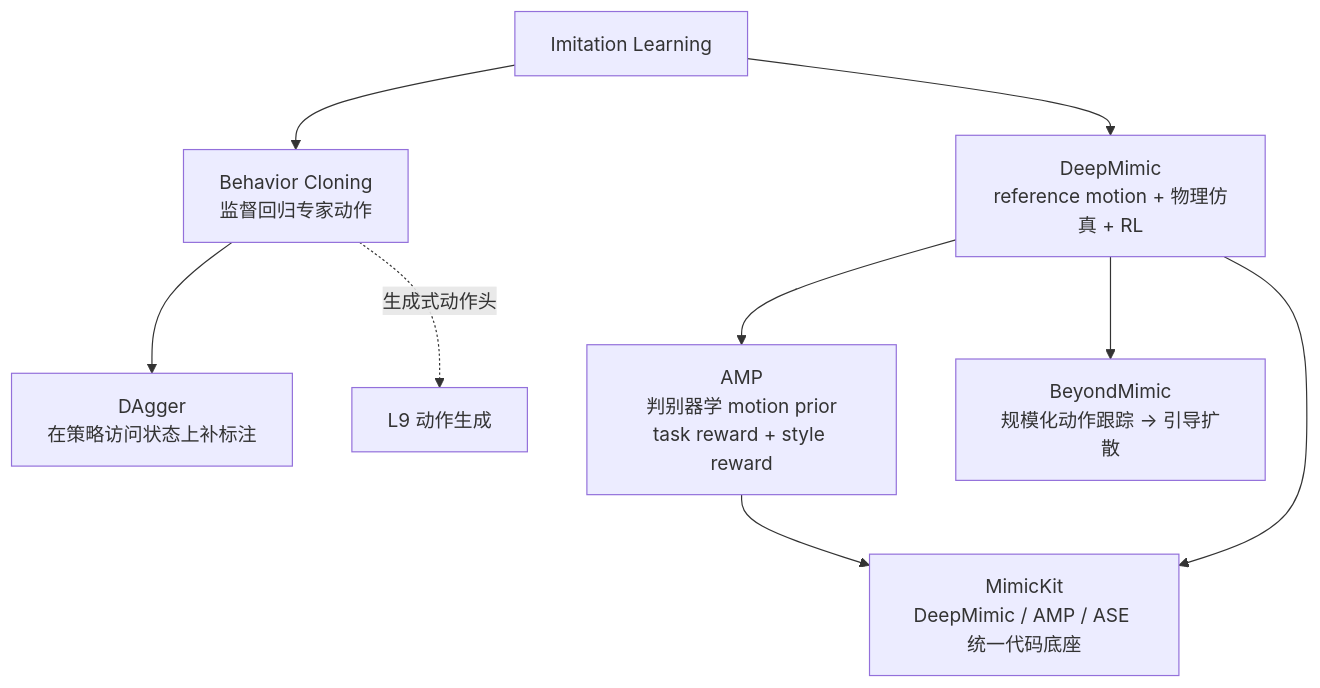
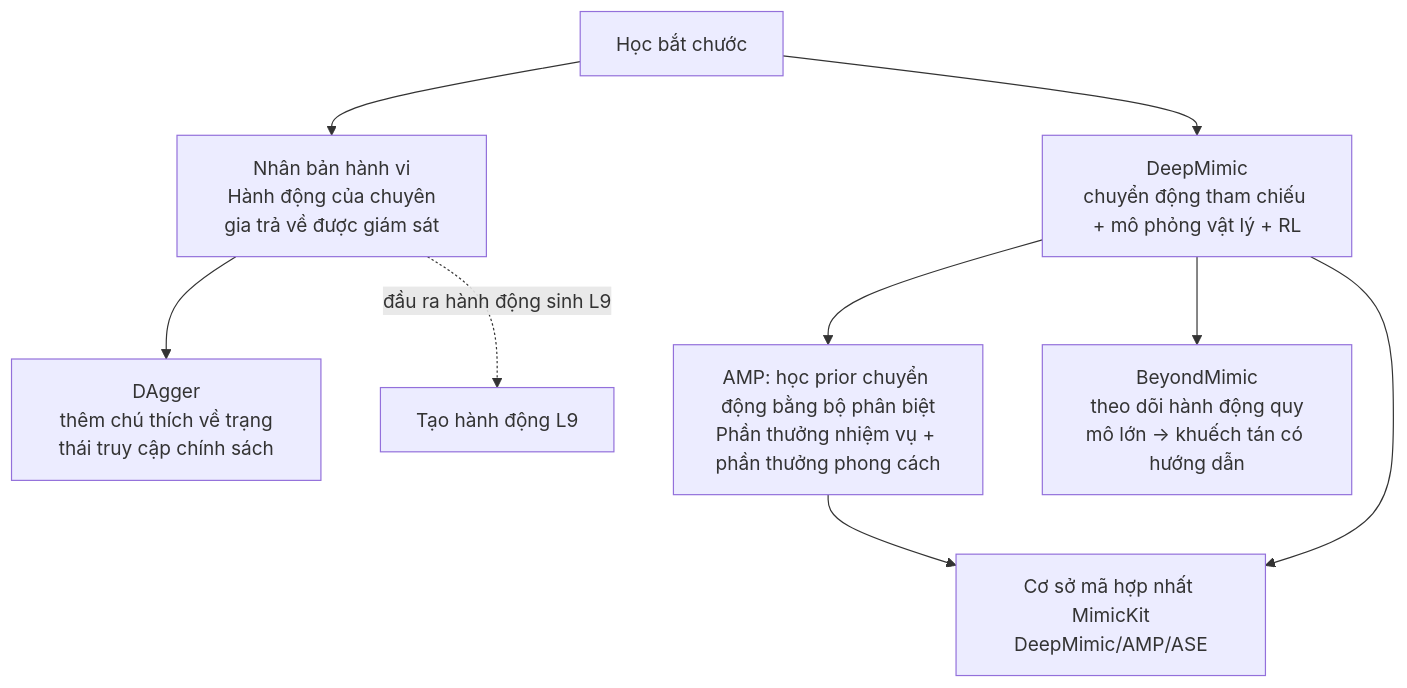
Before and after one commit to ledinhtuyen/Robotics_Notebooks: diagram 20 of 33 in roadmap/motion-control.md, drawn with Mermaid. The commit also changed other lines of this file, not shown here.

Commit message:
docs(roadmap): 完成 motion-control 全文越南语翻译

````diff
--- a/roadmap/motion-control.md
+++ b/roadmap/motion-control.md
@@ -1299,11 +1313,11 @@
 ```mermaid
 flowchart TB
-  IL["Imitation Learning"] --> BC["Behavior Cloning<br/>监督回归专家动作"]
-  BC --> DAg["DAgger<br/>在策略访问状态上补标注"]
-  IL --> DM["DeepMimic<br/>reference motion + 物理仿真 + RL"]
-  DM --> AMP["AMP<br/>判别器学 motion prior<br/>task reward + style reward"]
-  DM --> BM["BeyondMimic<br/>规模化动作跟踪 → 引导扩散"]
-  DM --> MK["MimicKit<br/>DeepMimic / AMP / ASE 统一代码底座"]
+  IL["Học bắt chước"] --> BC["Nhân bản hành vi<br/> Hành động của chuyên gia trả về được giám sát"]
+  BC --> DAg["DAgger<br/> thêm chú thích về trạng thái truy cập chính sách"]
+  IL --> DM["DeepMimic<br/>chuyển động tham chiếu + mô phỏng vật lý + RL"]
+  DM --> AMP["AMP: học prior chuyển động bằng bộ phân biệt<br/>Phần thưởng nhiệm vụ + phần thưởng phong cách"]
+  DM --> BM["BeyondMimic<br/> theo dõi hành động quy mô lớn → khuếch tán có hướng dẫn"]
+  DM --> MK["Cơ sở mã hợp nhất MimicKit<br/>DeepMimic/AMP/ASE"]
   AMP --> MK
-  BC -. 生成式动作头 .-> Gen["L9 动作生成"]
+  BC -. đầu ra hành động sinh L9 .-> Gen["Tạo hành động L9"]
 ```
````
